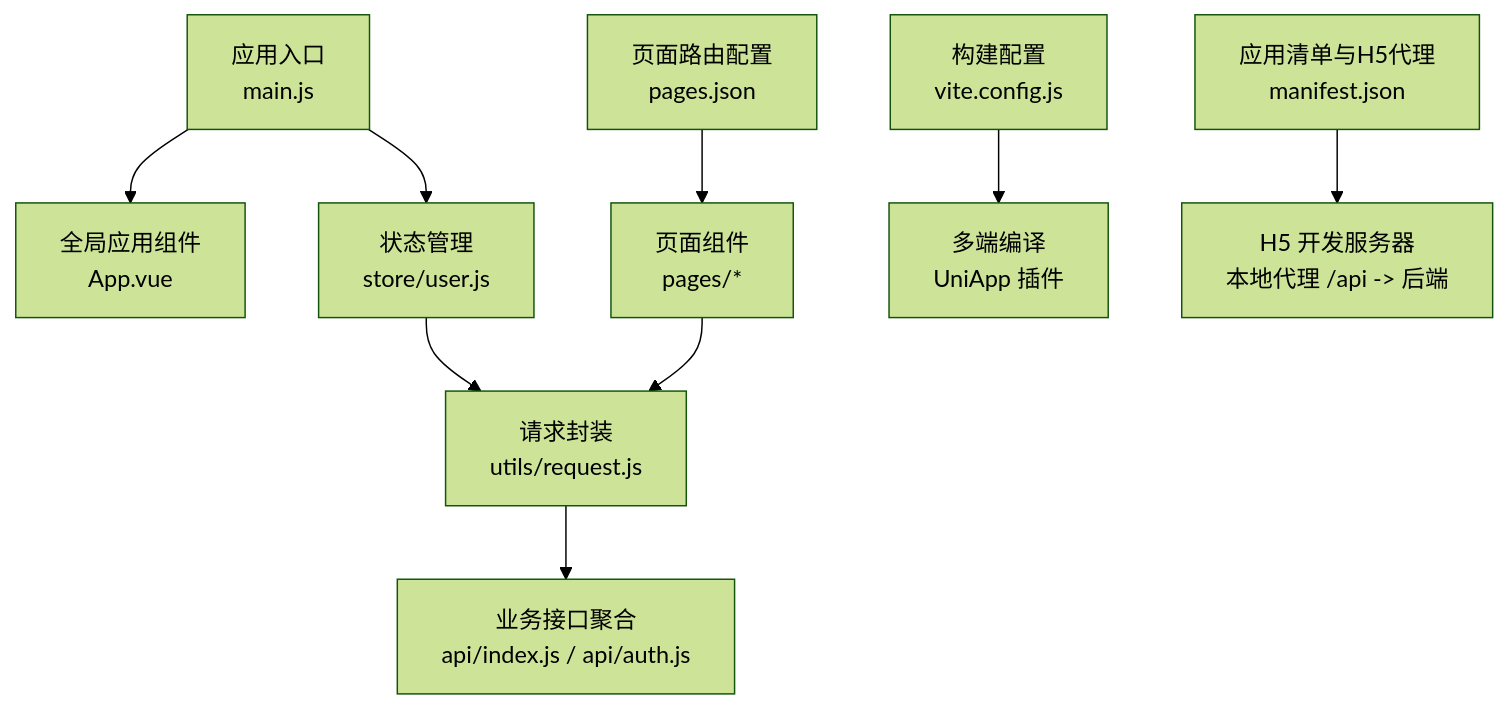
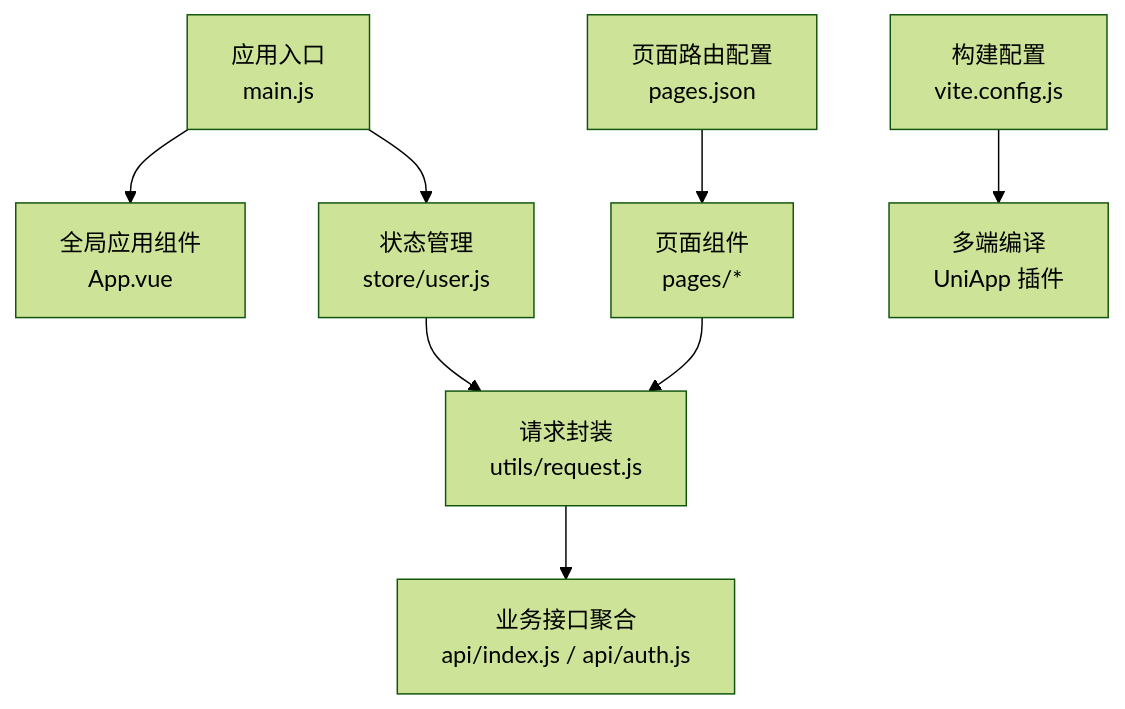
One commit to Jian9527/HelenEdu changed the first of 6 diagrams in .qoder/repowiki/zh/content/前端系统设计/前端系统设计.md. Above: the diagram before and after it, drawn with Mermaid (forest theme). The commit also changed other lines of this file and 41 other files, not shown here.

````diff
--- a/.qoder/repowiki/zh/content/前端系统设计/前端系统设计.md
+++ b/.qoder/repowiki/zh/content/前端系统设计/前端系统设计.md
@@ -45,11 +53,10 @@
 ```mermaid
 graph TB
 A["应用入口<br/>main.js"] --> B["全局应用组件<br/>App.vue"]
 A --> C["状态管理<br/>store/user.js"]
 D["页面路由配置<br/>pages.json"] --> E["页面组件<br/>pages/*"]
 F["构建配置<br/>vite.config.js"] --> G["多端编译<br/>UniApp 插件"]
-H["应用清单与H5代理<br/>manifest.json"] --> I["H5 开发服务器<br/>本地代理 /api -> 后端"]
-J["请求封装<br/>utils/request.js"] --> K["业务接口聚合<br/>api/index.js / api/auth.js"]
-E --> J
-C --> J
+H["请求封装<br/>utils/request.js"] --> I["业务接口聚合<br/>api/index.js / api/auth.js"]
+E --> H
+C --> H
 ```
````
